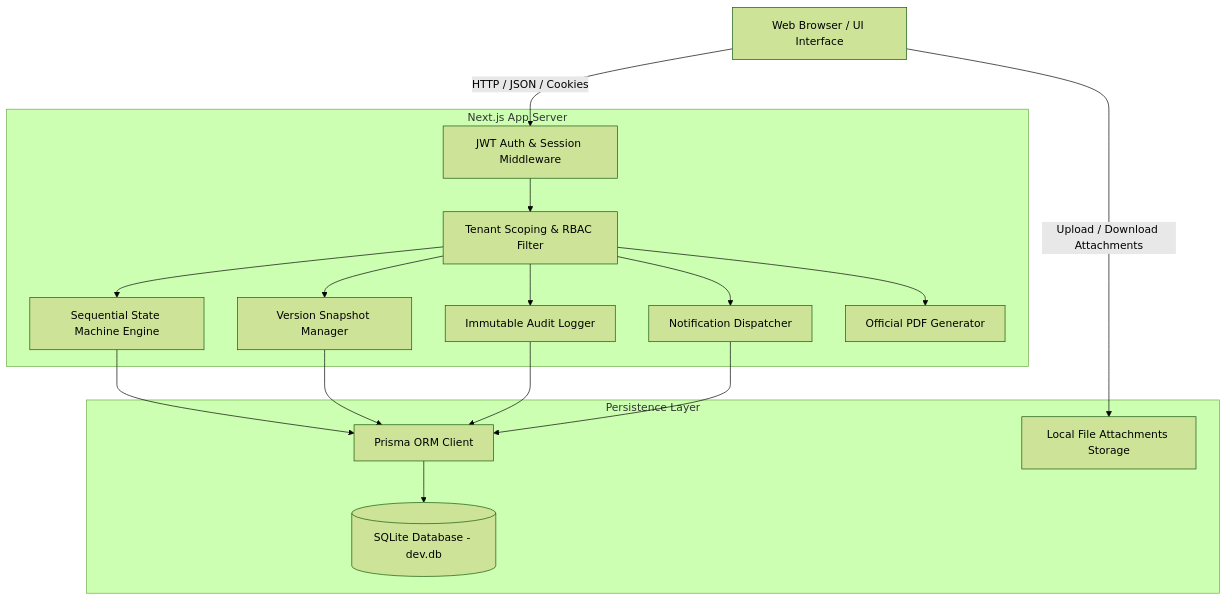
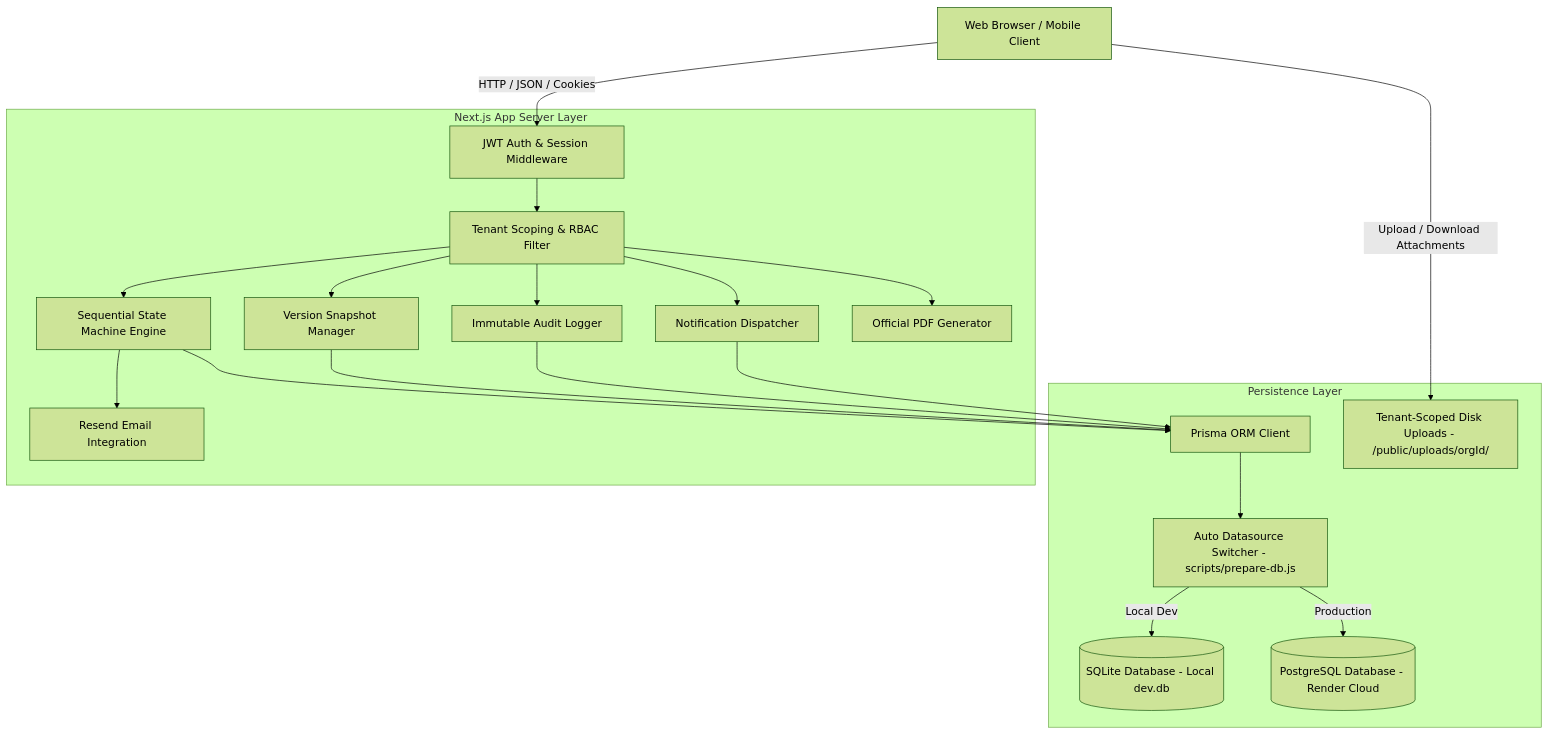
One commit to shabab966/Project_03 changed the first of 3 diagrams in SYSTEM_DOCUMENTATION.md. Above: the diagram before and after it, drawn with Mermaid (forest theme). The commit also changed other lines of this file and 4 other files, not shown here.

````diff
--- a/SYSTEM_DOCUMENTATION.md
+++ b/SYSTEM_DOCUMENTATION.md
@@ -66,35 +68,41 @@
 ```mermaid
 graph TD
-    Client[Web Browser / UI Interface]
+    Client[Web Browser / Mobile Client]
     
-    subgraph AppServer[Next.js App Server]
+    subgraph AppServer[Next.js App Server Layer]
         AuthGuard[JWT Auth & Session Middleware]
         TenantGuard[Tenant Scoping & RBAC Filter]
         WorkflowEngine[Sequential State Machine Engine]
         VersionControl[Version Snapshot Manager]
         AuditService[Immutable Audit Logger]
         NotifService[Notification Dispatcher]
         PDFModule[Official PDF Generator]
+        EmailClient[Resend Email Integration]
     end
 
     subgraph DataStorage[Persistence Layer]
         PrismaORM[Prisma ORM Client]
-        SQLiteDB[(SQLite Database - dev.db)]
-        FileSystem[Local File Attachments Storage]
+        AutoDB[Auto Datasource Switcher - scripts/prepare-db.js]
+        SQLiteDB[(SQLite Database - Local dev.db)]
+        PostgresDB[(PostgreSQL Database - Render Cloud)]
+        FileSystem[Tenant-Scoped Disk Uploads - /public/uploads/orgId/]
     end
 
     Client -->|HTTP / JSON / Cookies| AuthGuard
     AuthGuard --> TenantGuard
     TenantGuard --> WorkflowEngine
     TenantGuard --> VersionControl
     TenantGuard --> AuditService
     TenantGuard --> NotifService
     TenantGuard --> PDFModule
+    WorkflowEngine --> EmailClient
     
     WorkflowEngine --> PrismaORM
     VersionControl --> PrismaORM
     AuditService --> PrismaORM
     NotifService --> PrismaORM
-    PrismaORM --> SQLiteDB
+    PrismaORM --> AutoDB
+    AutoDB -->|Local Dev| SQLiteDB
+    AutoDB -->|Production| PostgresDB
     Client -->|Upload / Download Attachments| FileSystem
 ```
````
